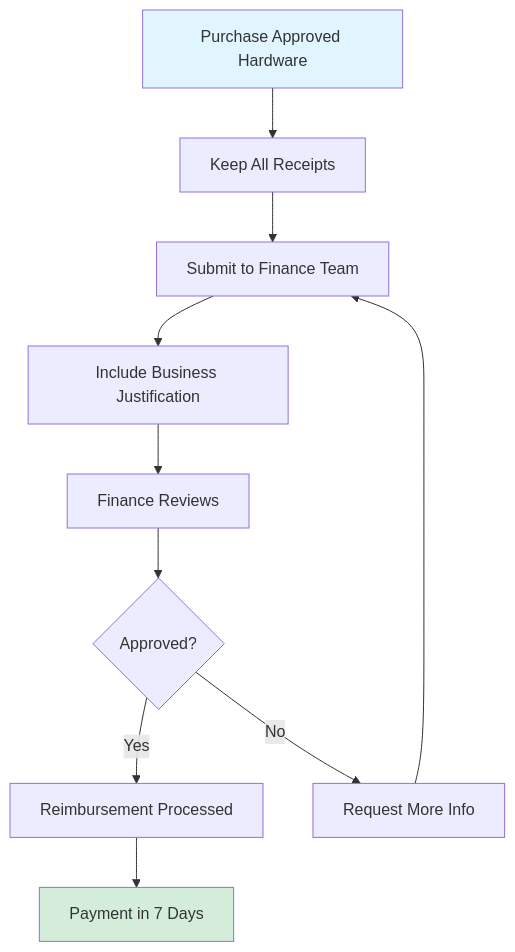
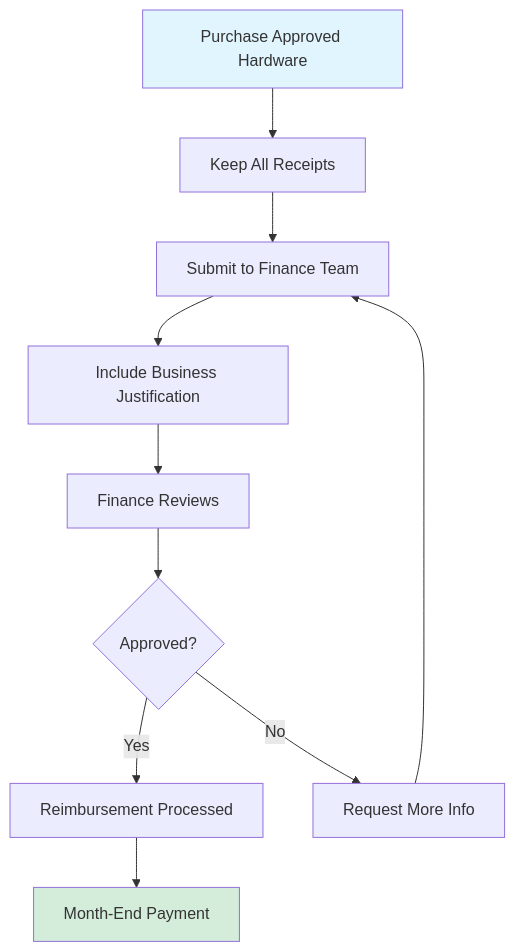
Before and after one commit to ultralytics/handbook: the fourth of 4 diagrams in docs/en/tools/hardware.md, drawn with Mermaid. The commit also changed other lines of this file and 9 other files, not shown here.

````diff
--- a/docs/en/tools/hardware.md
+++ b/docs/en/tools/hardware.md
@@ -378,15 +378,15 @@
 ```mermaid
 graph TD
     A[Purchase Approved Hardware] --> B[Keep All Receipts]
     B --> C[Submit to Finance Team]
     C --> D[Include Business Justification]
     D --> E[Finance Reviews]
     E --> F{Approved?}
     F -->|Yes| G[Reimbursement Processed]
     F -->|No| H[Request More Info]
     H --> C
-    G --> I[Payment in 7 Days]
+    G --> I[Month-End Payment]
 
     style A fill:#e1f5ff
     style I fill:#d4edda
 ```
````
